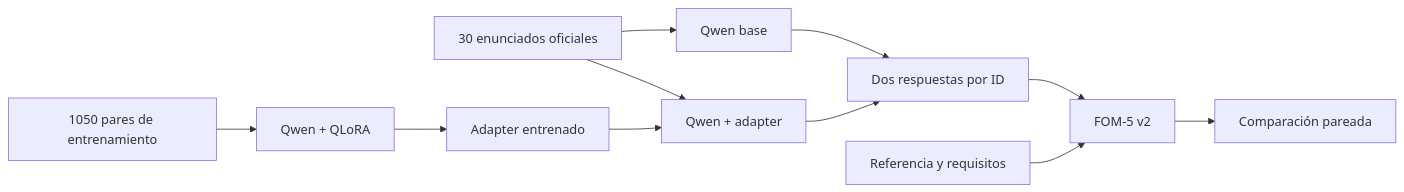
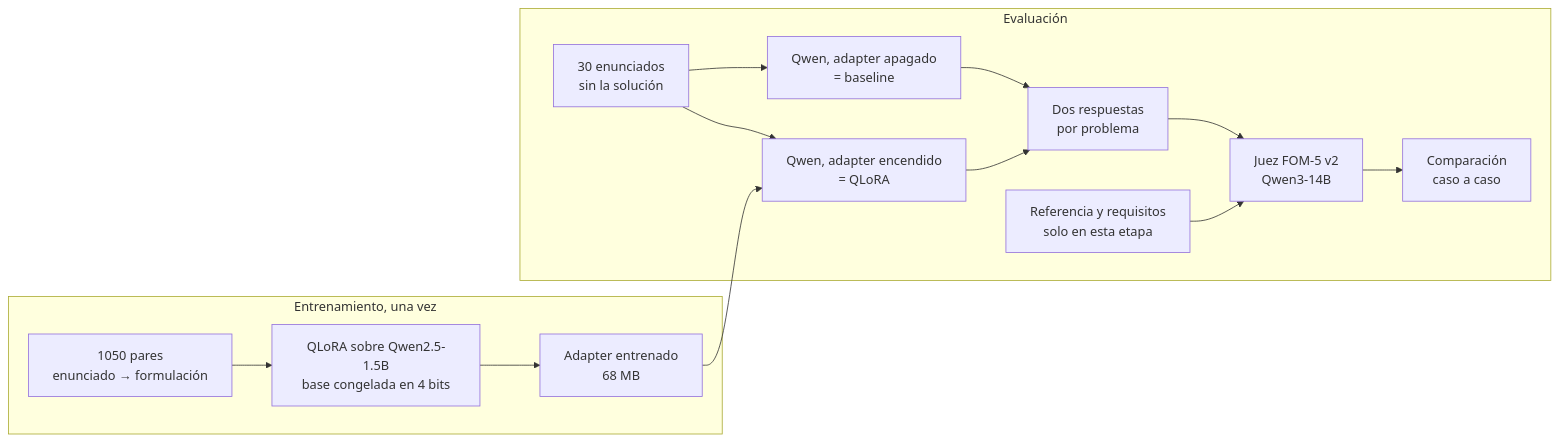
One commit to Jose21531/GenAI-Optimization changed the diagram in Deliverable 2/README.md. Above: the diagram before and after it, drawn with Mermaid. The commit also changed other lines of this file and 3 other files, not shown here.

````diff
--- a/Deliverable 2/README.md
+++ b/Deliverable 2/README.md
@@ -11,13 +118,17 @@
 ```mermaid
 flowchart LR
-    A[1050 pares de entrenamiento] --> B[Qwen + QLoRA]
-    B --> C[Adapter entrenado]
-    D[30 enunciados oficiales] --> E[Qwen base]
-    D --> F[Qwen + adapter]
-    C --> F
-    E --> G[Dos respuestas por ID]
-    F --> G
-    G --> H[FOM-5 v2]
-    I[Referencia y requisitos] --> H
-    H --> J[Comparación pareada]
+    subgraph ENT[Entrenamiento, una vez]
+        A[1050 pares<br/>enunciado → formulación] --> B[QLoRA sobre Qwen2.5-1.5B<br/>base congelada en 4 bits]
+        B --> C[Adapter entrenado<br/>68 MB]
+    end
+    subgraph EVA[Evaluación]
+        D[30 enunciados<br/>sin la solución] --> E[Qwen, adapter apagado<br/>= baseline]
+        D --> F[Qwen, adapter encendido<br/>= QLoRA]
+        C --> F
+        E --> G[Dos respuestas<br/>por problema]
+        F --> G
+        G --> H[Juez FOM-5 v2<br/>Qwen3-14B]
+        I[Referencia y requisitos<br/>solo en esta etapa] --> H
+        H --> J[Comparación<br/>caso a caso]
+    end
 ```
````
